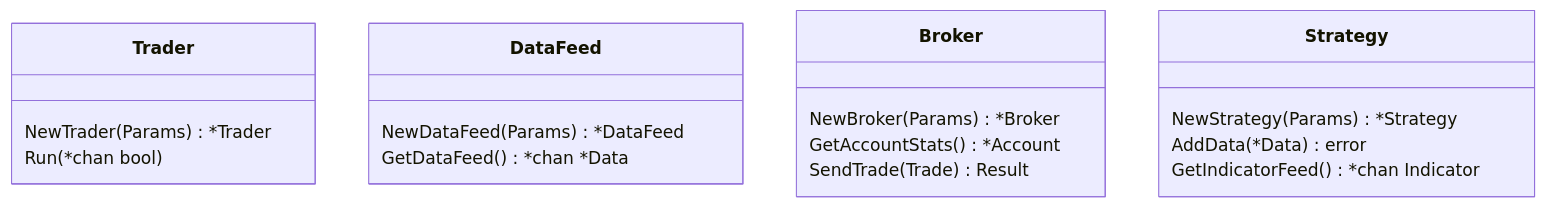
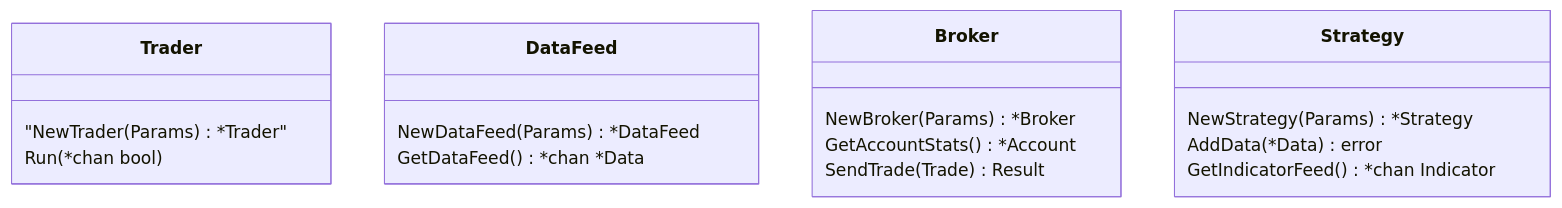
The second of 2 diagrams in design/README.md (TradeStax/traedor), drawn with Mermaid before and after one commit.

Commit message:
try escape character

````diff
--- a/design/README.md
+++ b/design/README.md
@@ -15,20 +15,20 @@
 ```mermaid
   classDiagram
     class Trader
-      Trader : NewTrader(Params) *Trader
+      Trader : "NewTrader(Params) *Trader"
       Trader : Run(*chan bool)
 
     class DataFeed
       DataFeed : NewDataFeed(Params) *DataFeed
       DataFeed : GetDataFeed() *chan *Data
 
     class Broker
       Broker : NewBroker(Params) *Broker
       Broker : GetAccountStats() *Account
       Broker : SendTrade(Trade) Result
 
     class Strategy
       Strategy : NewStrategy(Params) *Strategy
       Strategy : AddData(*Data) error
       Strategy : GetIndicatorFeed() *chan Indicator
 ```
````
